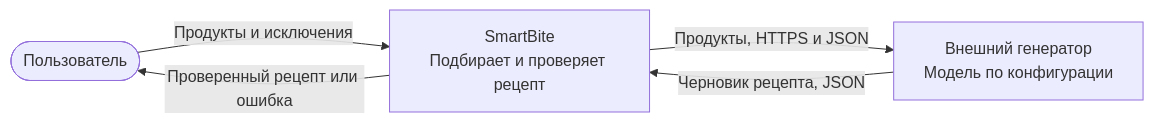
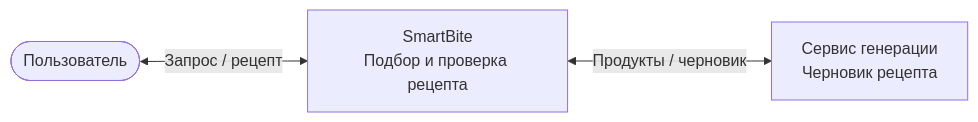
One commit to Tor250/SmartBite changed the first of 4 diagrams in architecture/c4.md. Above: the diagram before and after it, drawn with Mermaid. The commit also changed other lines of this file, not shown here.

Commit message:
Упростить схему контекста C4

````diff
--- a/architecture/c4.md
+++ b/architecture/c4.md
@@ -7,10 +7,8 @@
 ```mermaid
 flowchart LR
     person([Пользователь])
-    smartbite["SmartBite<br/>Подбирает и проверяет рецепт"]
-    model["Внешний генератор<br/>Модель по конфигурации"]
-    person -->|Продукты и исключения| smartbite
-    smartbite -->|Продукты, HTTPS и JSON| model
-    model -->|Черновик рецепта, JSON| smartbite
-    smartbite -->|Проверенный рецепт или ошибка| person
+    smartbite["SmartBite<br/>Подбор и проверка рецепта"]
+    model["Сервис генерации<br/>Черновик рецепта"]
+    person <-->|Запрос / рецепт| smartbite
+    smartbite <-->|Продукты / черновик| model
 ```
````
